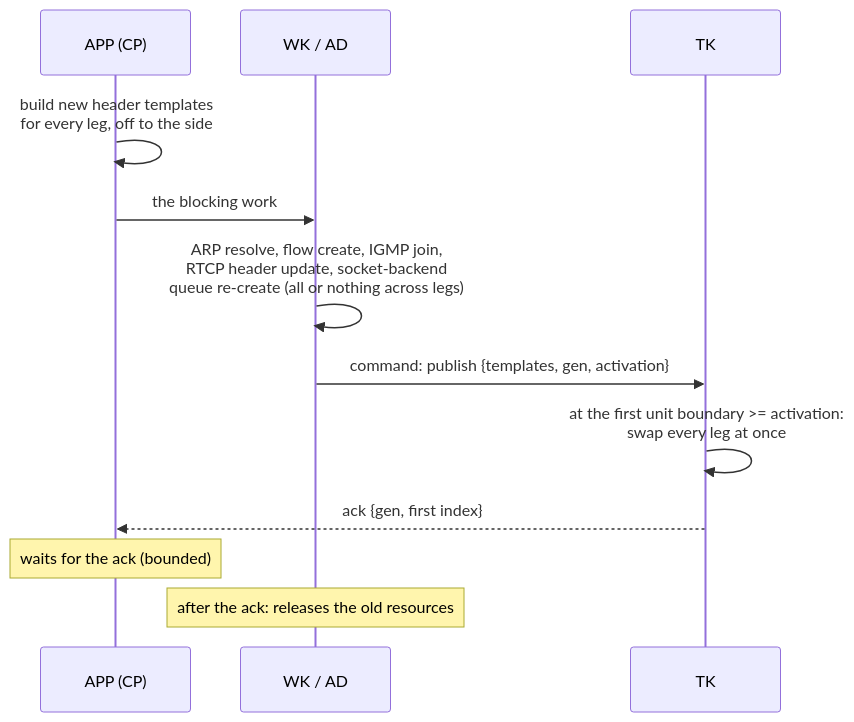
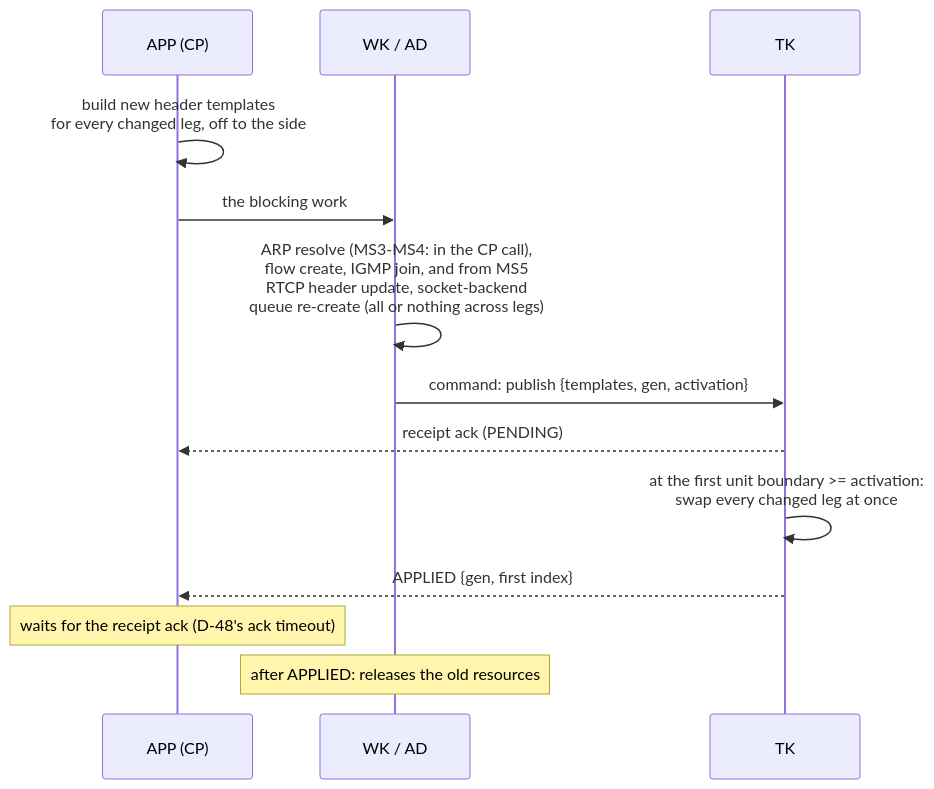
One commit to OpenVisualCloud/Media-Transport-Library changed the tenth of 15 diagrams in doc/unified-api/core.md. Above: the diagram before and after it, drawn with Mermaid. The commit also changed other lines of this file and 58 other files, not shown here.

````diff
--- a/doc/unified-api/core.md
+++ b/doc/unified-api/core.md
@@ -1060,14 +1177,15 @@
 ```mermaid
 sequenceDiagram
     participant APP as APP (CP)
     participant WK as WK / AD
     participant TK as TK
-    APP->>APP: build new header templates<br/>for every leg, off to the side
+    APP->>APP: build new header templates<br/>for every changed leg, off to the side
     APP->>WK: the blocking work
-    WK->>WK: ARP resolve, flow create, IGMP join,<br/>RTCP header update, socket-backend<br/>queue re-create (all or nothing across legs)
+    WK->>WK: ARP resolve (MS3-MS4: in the CP call),<br/>flow create, IGMP join, and from MS5<br/>RTCP header update, socket-backend<br/>queue re-create (all or nothing across legs)
     WK->>TK: command: publish {templates, gen, activation}
-    TK->>TK: at the first unit boundary >= activation:<br/>swap every leg at once
-    TK-->>APP: ack {gen, first index}
-    Note over APP: waits for the ack (bounded)
-    Note over WK: after the ack: releases the old resources
+    TK-->>APP: receipt ack (PENDING)
+    TK->>TK: at the first unit boundary >= activation:<br/>swap every changed leg at once
+    TK-->>APP: APPLIED {gen, first index}
+    Note over APP: waits for the receipt ack (D-48's ack timeout)
+    Note over WK: after APPLIED: releases the old resources
 ```
````
